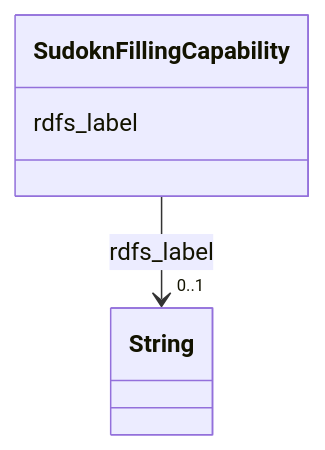
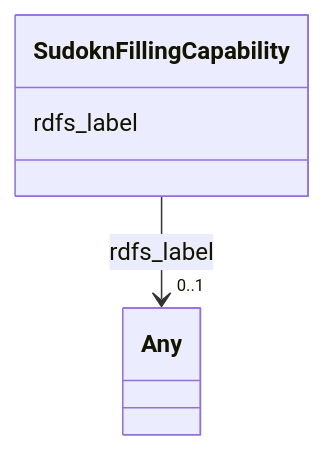
One commit to frink-okn/graph-descriptions changed the diagram in sudokn-kg/classes/SudoknFillingCapability.md. Above: the diagram before and after it, drawn with Mermaid. The commit also changed other lines of this file and 903 other files, not shown here.

````diff
--- a/sudokn-kg/classes/SudoknFillingCapability.md
+++ b/sudokn-kg/classes/SudoknFillingCapability.md
@@ -23,15 +18,15 @@
 ```mermaid
  classDiagram
     class SudoknFillingCapability
     click SudoknFillingCapability href "../SudoknFillingCapability"
       SudoknFillingCapability : rdfs_label
         
           
     
     
-    SudoknFillingCapability --> "0..1" String : rdfs_label
-    click String href "../String"
+    SudoknFillingCapability --> "0..1" Any : rdfs_label
+    click Any href "../Any"
 
         
       
 ```
````
